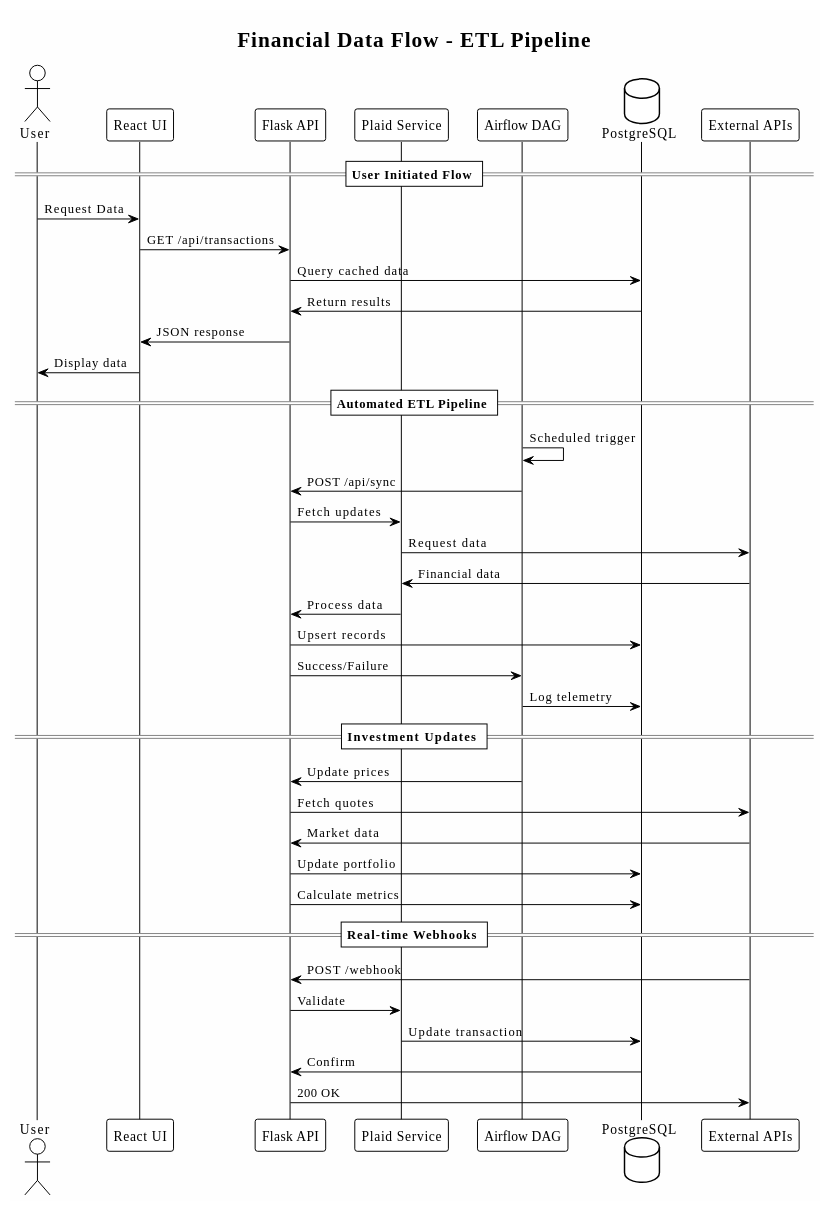
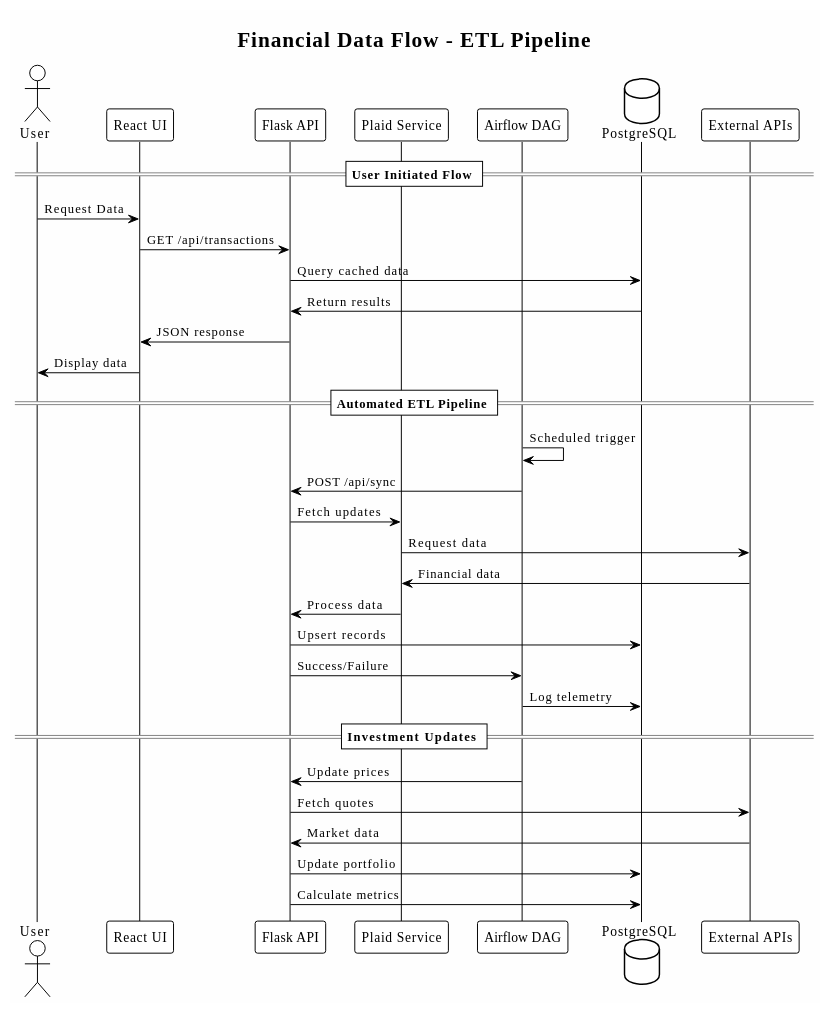
The second of 2 diagrams in README.md (m-dur/docs), drawn with PlantUML before and after one commit. The commit also changed other lines of this file, not shown here.

````diff
--- a/README.md
+++ b/README.md
@@ -122,50 +121,43 @@
 ```plantuml
 @startuml
 !theme plain
 skinparam backgroundColor #FEFEFE
 
 title Financial Data Flow - ETL Pipeline
 
 actor User as U
 participant "React UI" as UI
 participant "Flask API" as API
 participant "Plaid Service" as PS
 participant "Airflow DAG" as DAG
 database "PostgreSQL" as DB
 participant "External APIs" as EXT
 
 == User Initiated Flow ==
 U -> UI : Request Data
 UI -> API : GET /api/transactions
 API -> DB : Query cached data
 DB -> API : Return results
 API -> UI : JSON response
 UI -> U : Display data
 
 == Automated ETL Pipeline ==
 DAG -> DAG : Scheduled trigger
 DAG -> API : POST /api/sync
 API -> PS : Fetch updates
 PS -> EXT : Request data
 EXT -> PS : Financial data
 PS -> API : Process data
 API -> DB : Upsert records
 API -> DAG : Success/Failure
 DAG -> DB : Log telemetry
 
 == Investment Updates ==
 DAG -> API : Update prices
 API -> EXT : Fetch quotes
 EXT -> API : Market data
 API -> DB : Update portfolio
 API -> DB : Calculate metrics
 
-== Real-time Webhooks ==
-EXT -> API : POST /webhook
-API -> PS : Validate
-PS -> DB : Update transaction
-DB -> API : Confirm
-API -> EXT : 200 OK
-
 @enduml
 ```
````
